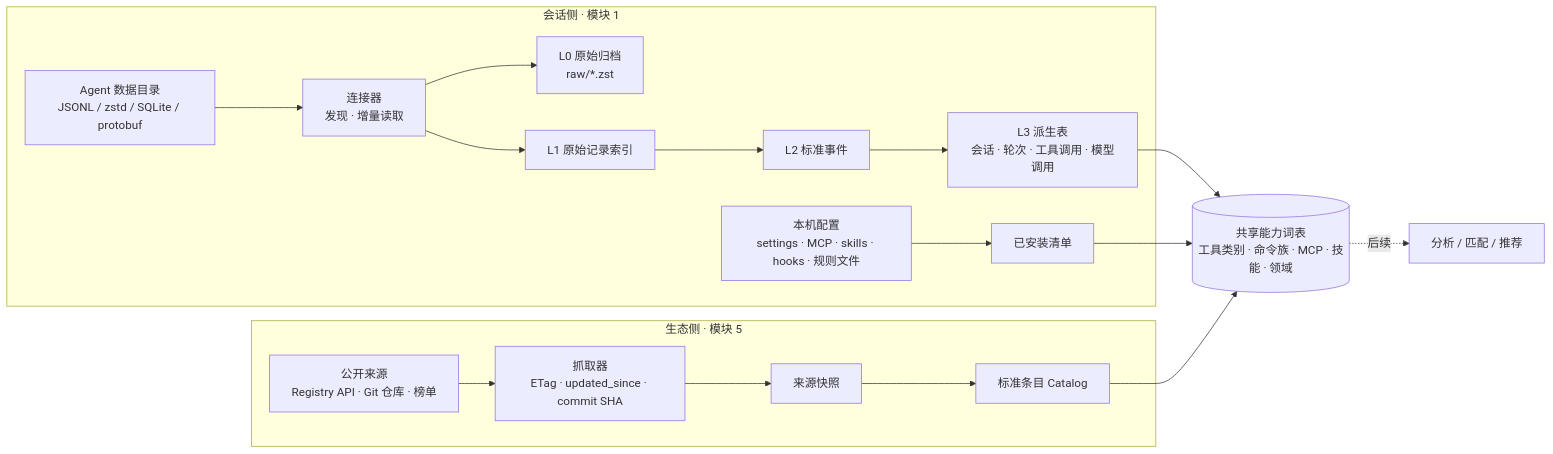
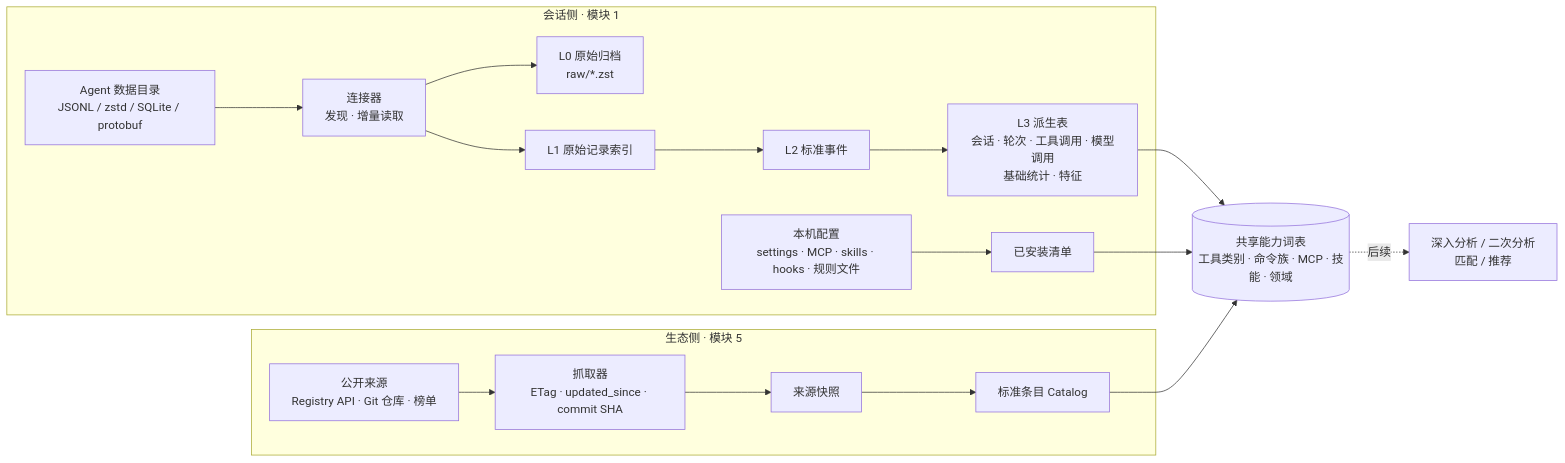
The first of 2 diagrams in docs/plan/data-acquisition.md (Orbit-Labs-AI/Orbit-Zhiyin), drawn with Mermaid before and after one commit. The commit also changed other lines of this file, not shown here.

````diff
--- a/docs/plan/data-acquisition.md
+++ b/docs/plan/data-acquisition.md
@@ -52,20 +52,20 @@
 ```mermaid
 flowchart LR
   subgraph S1[会话侧 · 模块 1]
     A1[Agent 数据目录<br/>JSONL / zstd / SQLite / protobuf] --> C1[连接器<br/>发现 · 增量读取]
     C1 --> L0[L0 原始归档<br/>raw/*.zst]
     C1 --> L1[L1 原始记录索引]
     L1 --> L2[L2 标准事件]
-    L2 --> L3[L3 派生表<br/>会话 · 轮次 · 工具调用 · 模型调用]
+    L2 --> L3[L3 派生表<br/>会话 · 轮次 · 工具调用 · 模型调用<br/>基础统计 · 特征]
     A2[本机配置<br/>settings · MCP · skills · hooks · 规则文件] --> INV[已安装清单]
   end
   subgraph S5[生态侧 · 模块 5]
     B1[公开来源<br/>Registry API · Git 仓库 · 榜单] --> F1[抓取器<br/>ETag · updated_since · commit SHA]
     F1 --> R5[来源快照]
     R5 --> CAT[标准条目 Catalog]
   end
   L3 --> FEAT[(共享能力词表<br/>工具类别 · 命令族 · MCP · 技能 · 领域)]
   INV --> FEAT
   CAT --> FEAT
-  FEAT -. 后续 .-> REC[分析 / 匹配 / 推荐]
+  FEAT -. 后续 .-> REC[深入分析 / 二次分析<br/>匹配 / 推荐]
 ```
````
